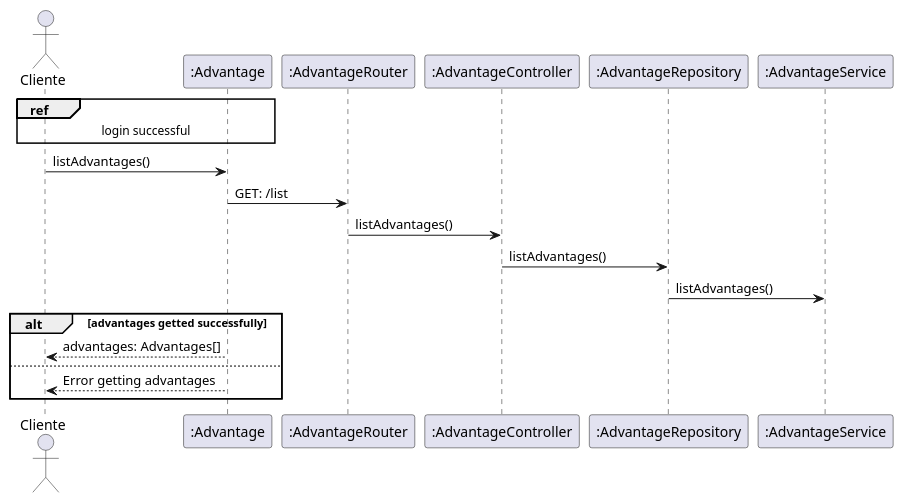
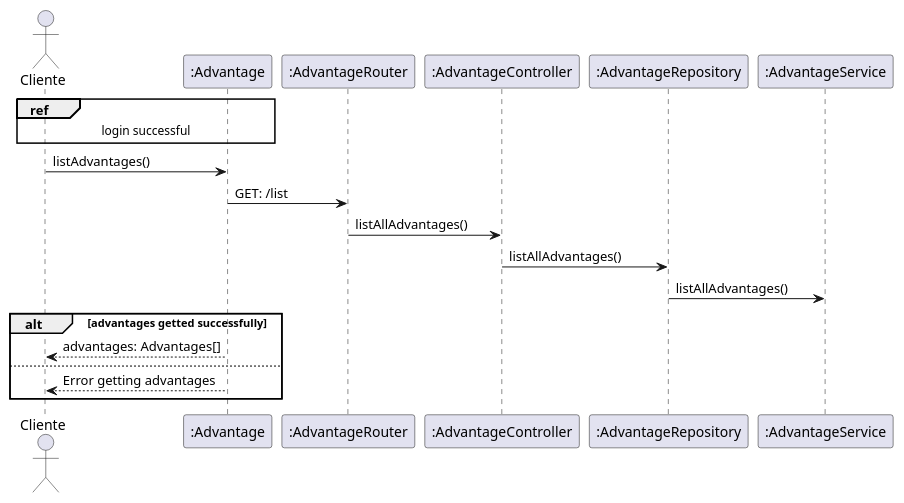
One commit to migueltico2/laboratorio-de-desenvolvimento-de-software changed the diagram in projeto 4/project/sequenceDiagramListAdvantages.plantuml. Above: the diagram before and after it, drawn with PlantUML. The commit also changed 1 other file, not shown here.

```diff
--- a/projeto 4/project/sequenceDiagramListAdvantages.plantuml
+++ b/projeto 4/project/sequenceDiagramListAdvantages.plantuml
@@ -1,22 +1,22 @@
 @startuml
 
 actor "Cliente" as cliente
 participant ":Advantage" as ad
 participant ":AdvantageRouter" as adRouter
 participant ":AdvantageController" as adController
 participant ":AdvantageRepository" as adRepository
 participant ":AdvantageService" as adService
 
 ref over cliente, ad: login successful
 
 cliente -> ad : listAdvantages()
 ad -> adRouter : GET: /list
-adRouter -> adController : listAdvantages()
-adController -> adRepository : listAdvantages()
-adRepository -> adService : listAdvantages()
+adRouter -> adController : listAllAdvantages()
+adController -> adRepository : listAllAdvantages()
+adRepository -> adService : listAllAdvantages()
 alt advantages getted successfully
     ad --> cliente : advantages: Advantages[]
 else
     ad --> cliente : Error getting advantages
 end
 @enduml
```
